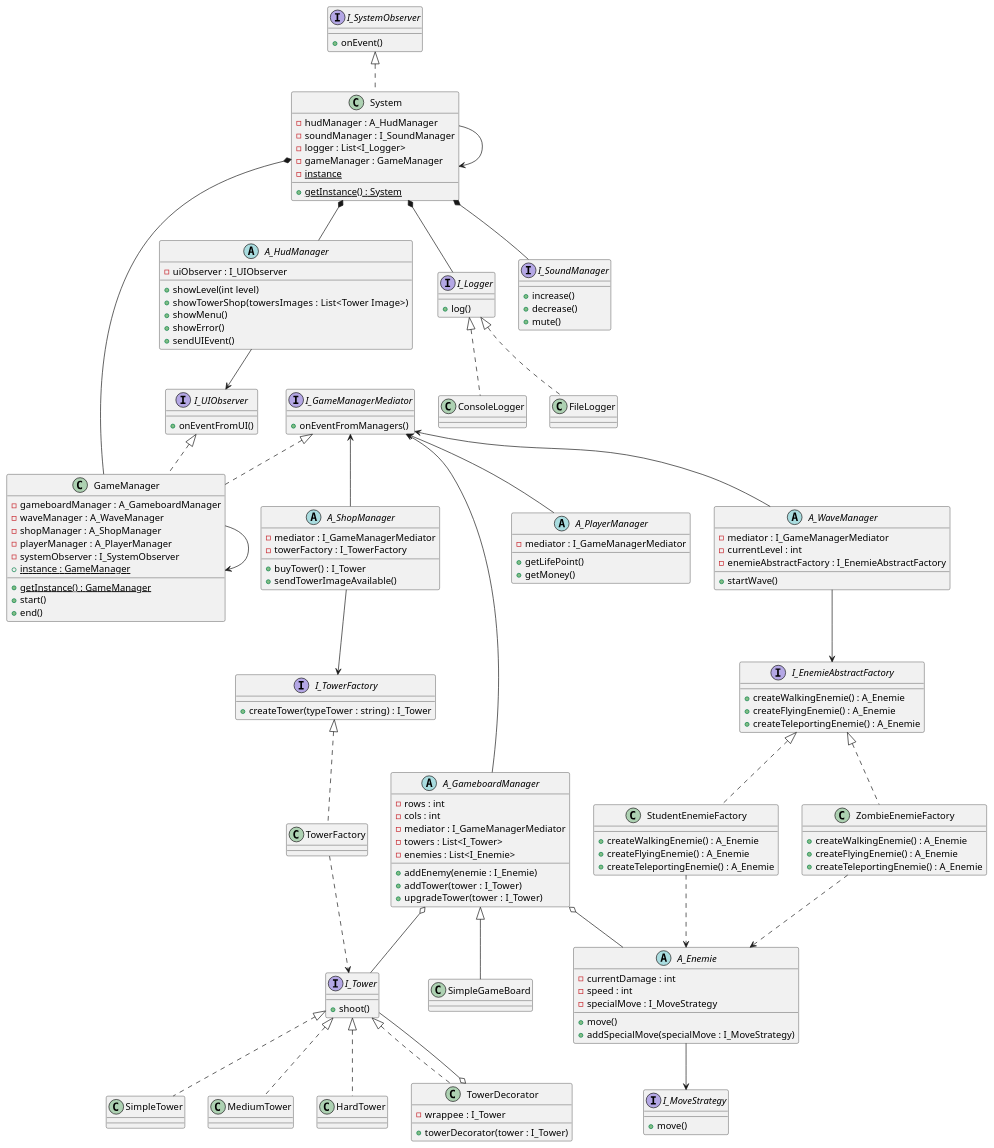
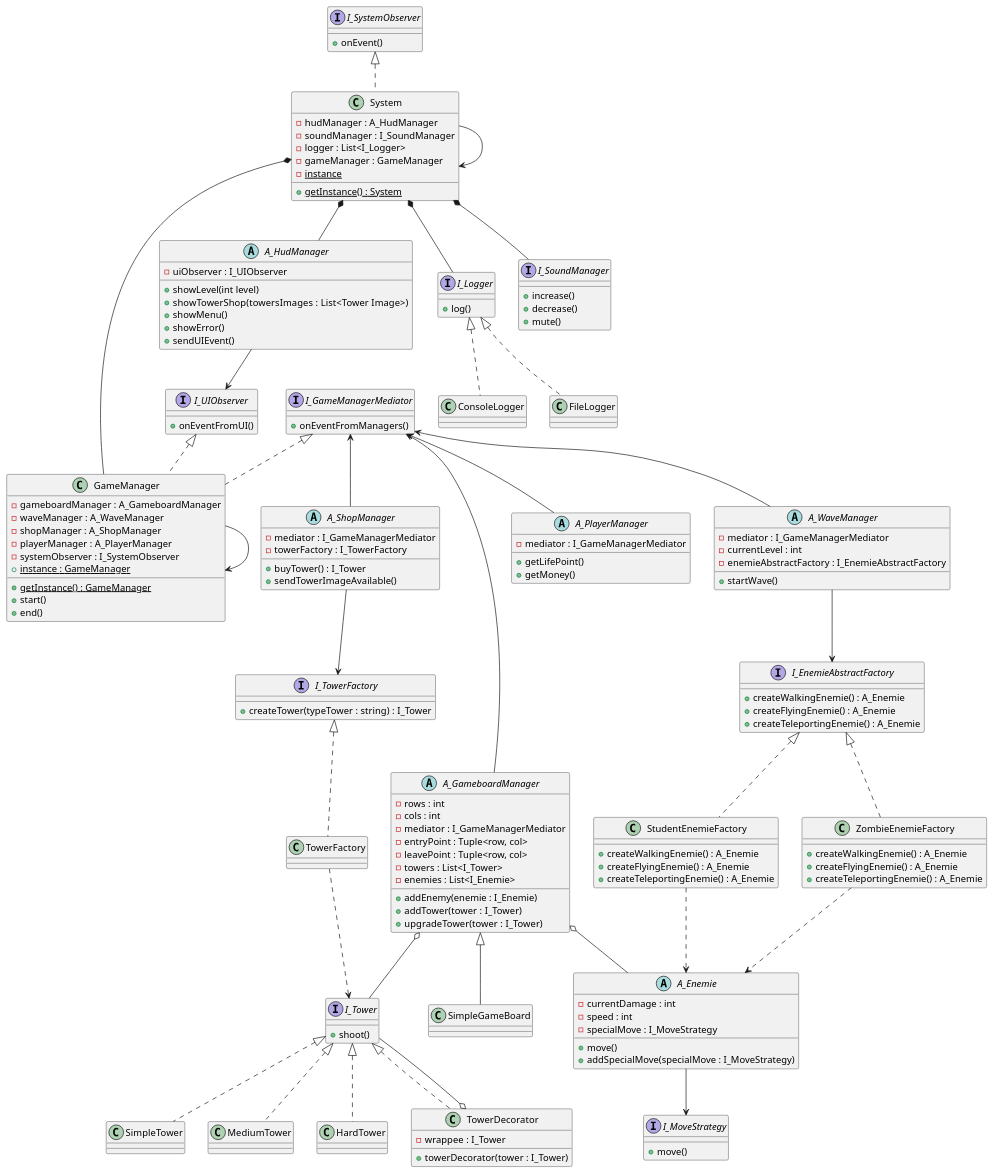
The diagram in uml.plantuml (bobylatruffe/tower_defense), drawn with PlantUML before and after one commit. The commit also changed 10 other files, not shown here.

```diff
--- a/uml.plantuml
+++ b/uml.plantuml
@@ -50,6 +50,8 @@
     - rows : int
     - cols : int
     - mediator : I_GameManagerMediator
+    - entryPoint : Tuple<row, col>
+    - leavePoint : Tuple<row, col>
     - towers : List<I_Tower>
     - enemies : List<I_Enemie>
     + addEnemy(enemie : I_Enemie)
```
